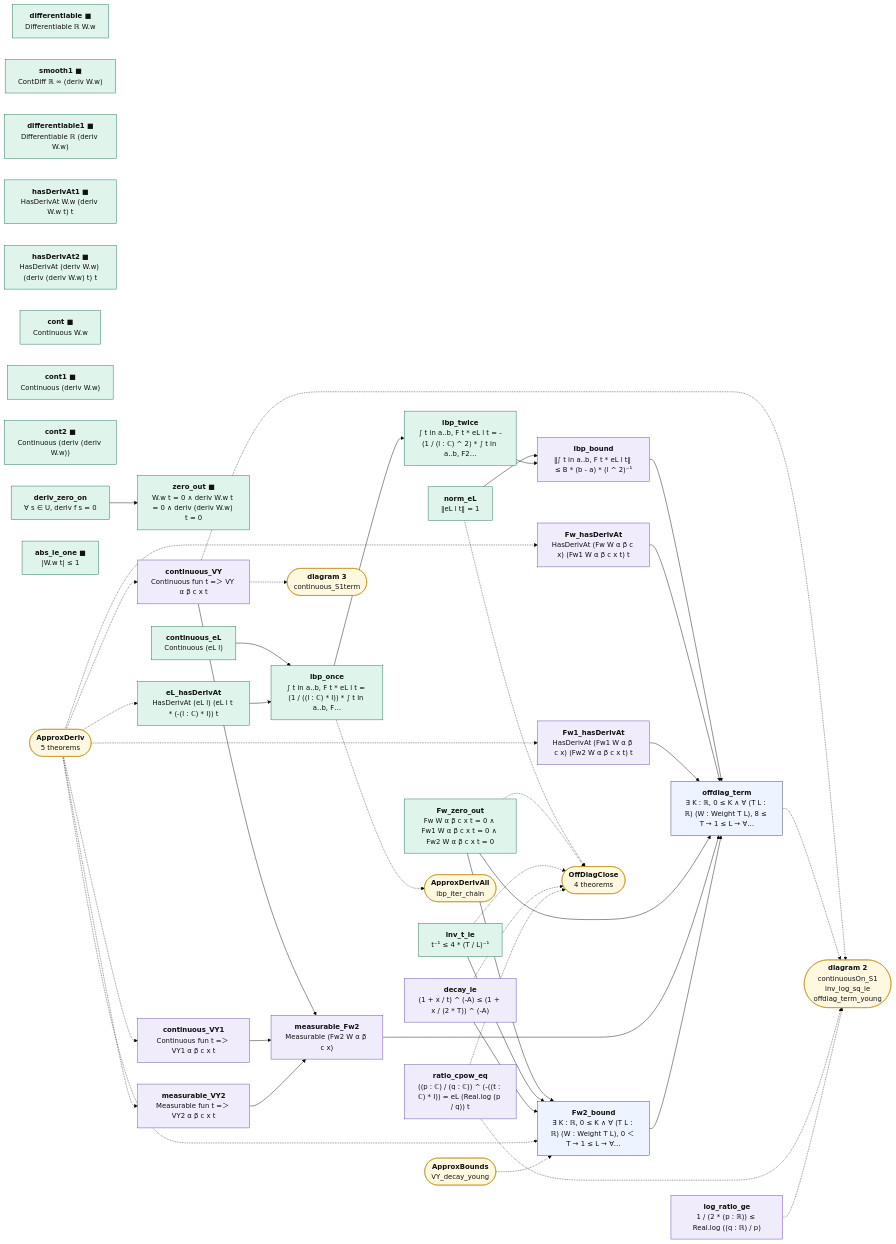
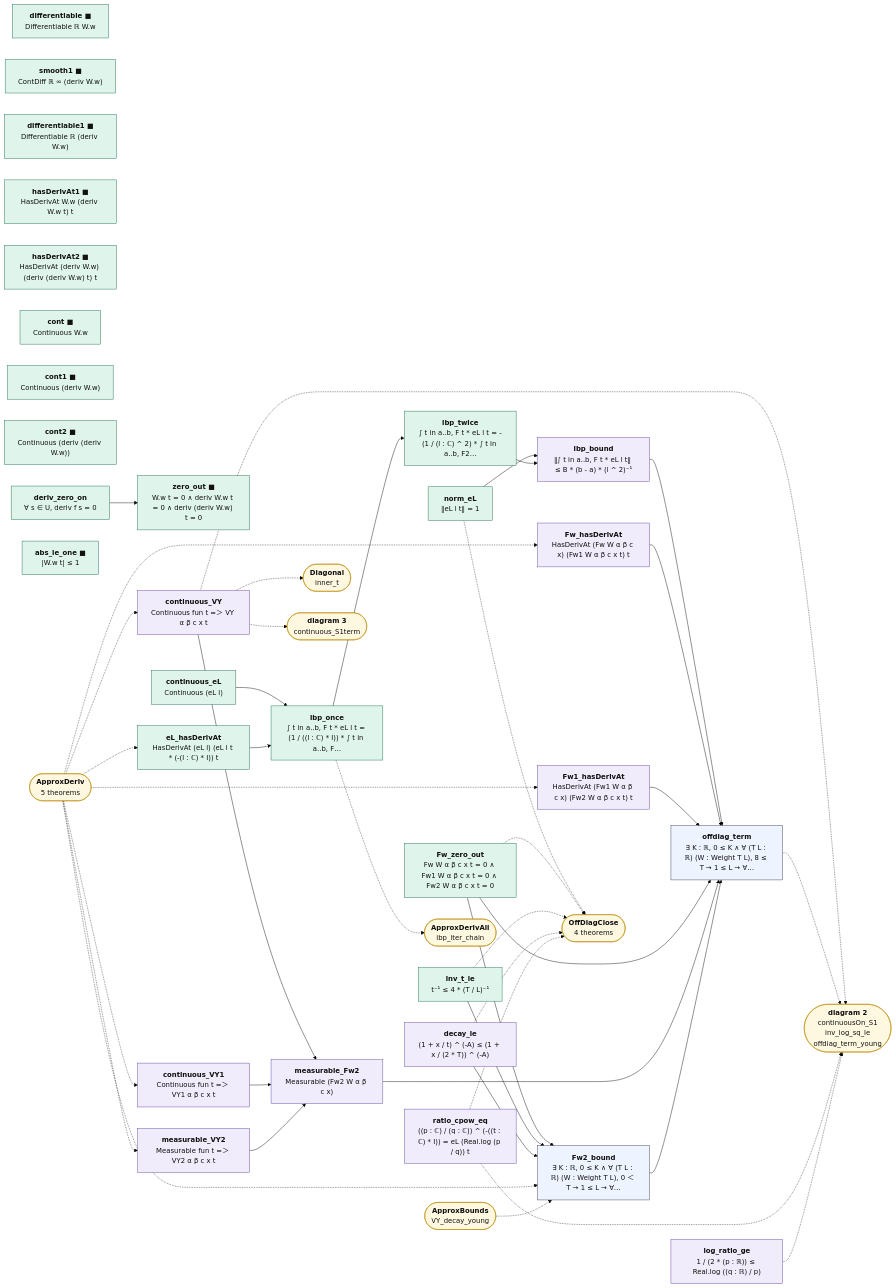
Before and after one commit to juliansambranojr/Primebeat_081426: the diagram in map/lean_stage3/TwistedMoment.1.mmd, drawn with Mermaid (forest theme). The commit also changed 32 other files, not shown here.

```diff
--- a/map/lean_stage3/TwistedMoment.1.mmd
+++ b/map/lean_stage3/TwistedMoment.1.mmd
@@ -1,82 +1,84 @@
 flowchart LR
   n0["<b>differentiable ■</b><br/>Differentiable ℝ W.w"]:::cnt
   n1["<b>smooth1 ■</b><br/>ContDiff ℝ ∞ (deriv W.w)"]:::cnt
   n2["<b>differentiable1 ■</b><br/>Differentiable ℝ (deriv W.w)"]:::cnt
   n3["<b>hasDerivAt1 ■</b><br/>HasDerivAt W.w (deriv W.w t) t"]:::cnt
   n4["<b>hasDerivAt2 ■</b><br/>HasDerivAt (deriv W.w) (deriv (deriv W.w) t) t"]:::cnt
   n5["<b>cont ■</b><br/>Continuous W.w"]:::cnt
   n6["<b>cont1 ■</b><br/>Continuous (deriv W.w)"]:::cnt
   n7["<b>cont2 ■</b><br/>Continuous (deriv (deriv W.w))"]:::cnt
   n8["<b>deriv_zero_on</b><br/>∀ s ∈ U, deriv f s = 0"]:::cnt
   n9["<b>zero_out ■</b><br/>W.w t = 0 ∧ deriv W.w t = 0 ∧ deriv (deriv W.w) t = 0"]:::cnt
   n10["<b>abs_le_one ■</b><br/>|W.w t| ≤ 1"]:::cnt
   n11["<b>continuous_eL</b><br/>Continuous (eL l)"]:::cnt
   n12["<b>eL_hasDerivAt</b><br/>HasDerivAt (eL l) (eL l t * (-(l : ℂ) * I)) t"]:::cnt
   n13["<b>norm_eL</b><br/>‖eL l t‖ = 1"]:::cnt
   n14["<b>ibp_once</b><br/>∫ t in a..b, F t * eL l t = (1 / ((l : ℂ) * I)) * ∫ t in a..b, F…"]:::cnt
   n15["<b>ibp_twice</b><br/>∫ t in a..b, F t * eL l t = -(1 / (l : ℂ) ^ 2) * ∫ t in a..b, F2…"]:::cnt
   n16["<b>ibp_bound</b><br/>‖∫ t in a..b, F t * eL l t‖ ≤ B * (b - a) * (l ^ 2)⁻¹"]:::shp
   n17["<b>Fw_hasDerivAt</b><br/>HasDerivAt (Fw W α β c x) (Fw1 W α β c x t) t"]:::shp
   n18["<b>Fw1_hasDerivAt</b><br/>HasDerivAt (Fw1 W α β c x) (Fw2 W α β c x t) t"]:::shp
   n19["<b>Fw_zero_out</b><br/>Fw W α β c x t = 0 ∧ Fw1 W α β c x t = 0 ∧ Fw2 W α β c x t = 0"]:::cnt
   n20["<b>continuous_VY</b><br/>Continuous fun t =＞ VY α β c x t"]:::shp
   n21["<b>continuous_VY1</b><br/>Continuous fun t =＞ VY1 α β c x t"]:::shp
   n22["<b>measurable_VY2</b><br/>Measurable fun t =＞ VY2 α β c x t"]:::shp
   n23["<b>measurable_Fw2</b><br/>Measurable (Fw2 W α β c x)"]:::shp
   n24["<b>inv_t_le</b><br/>t⁻¹ ≤ 4 * (T / L)⁻¹"]:::cnt
   n25["<b>decay_le</b><br/>(1 + x / t) ^ (-A) ≤ (1 + x / (2 * T)) ^ (-A)"]:::shp
   n26["<b>Fw2_bound</b><br/>∃ K : ℝ, 0 ≤ K ∧ ∀ (T L : ℝ) (W : Weight T L), 0 ＜ T → 1 ≤ L → ∀…"]:::thm
   n27["<b>offdiag_term</b><br/>∃ K : ℝ, 0 ≤ K ∧ ∀ (T L : ℝ) (W : Weight T L), 8 ≤ T → 1 ≤ L → ∀…"]:::thm
   n28["<b>ratio_cpow_eq</b><br/>((p : ℂ) / (q : ℂ)) ^ (-((t : ℂ) * I)) = eL (Real.log (p / q)) t"]:::shp
   n29["<b>log_ratio_ge</b><br/>1 / (2 * (p : ℝ)) ≤ Real.log ((q : ℝ) / p)"]:::shp
   x0(["<b>ApproxDeriv</b><br/>5 theorems"]):::ext
   x1(["<b>OffDiagClose</b><br/>4 theorems"]):::ext
   x2(["<b>ApproxDerivAll</b><br/>ibp_iter_chain"]):::ext
-  x3(["<b>diagram 2</b><br/>continuousOn_S1<br/>inv_log_sq_le<br/>offdiag_term_young"]):::ext
-  x4(["<b>diagram 3</b><br/>continuous_S1term"]):::ext
-  x5(["<b>ApproxBounds</b><br/>VY_decay_young"]):::ext
+  x3(["<b>Diagonal</b><br/>inner_t"]):::ext
+  x4(["<b>diagram 2</b><br/>continuousOn_S1<br/>inv_log_sq_le<br/>offdiag_term_young"]):::ext
+  x5(["<b>diagram 3</b><br/>continuous_S1term"]):::ext
+  x6(["<b>ApproxBounds</b><br/>VY_decay_young"]):::ext
   n11 --> n14
   n12 --> n14
   n13 --> n16
   n14 --> n15
   n15 --> n16
   n16 --> n27
   n17 --> n27
   n18 --> n27
   n19 --> n26
   n19 --> n27
   n20 --> n23
   n21 --> n23
   n22 --> n23
   n23 --> n27
   n24 --> n26
   n25 --> n26
   n26 --> n27
   n8 --> n9
   n13 -.-> x1
   n14 -.-> x2
   n19 -.-> x1
   n20 -.-> x3
   n20 -.-> x4
+  n20 -.-> x5
   n24 -.-> x1
   n25 -.-> x1
-  n27 -.-> x3
+  n27 -.-> x4
   n28 -.-> x1
-  n28 -.-> x3
-  n29 -.-> x3
+  n28 -.-> x4
+  n29 -.-> x4
   x0 -.-> n12
   x0 -.-> n17
   x0 -.-> n18
   x0 -.-> n20
   x0 -.-> n21
   x0 -.-> n22
   x0 -.-> n26
-  x5 -.-> n26
+  x6 -.-> n26
   classDef cnt fill:#dff5ec,stroke:#17694a,color:#111
   classDef shp fill:#f1ecfb,stroke:#5b3fa0,color:#111
   classDef rh fill:#ffe5e5,stroke:#c22,color:#111,stroke-width:2px
   classDef thm fill:#eef4ff,stroke:#335,color:#111
   classDef end_ fill:#e7f7e7,stroke:#2a7,color:#111,stroke-width:2px
   classDef lone fill:#fff,stroke:#999,color:#111,stroke-dasharray:4 3
   classDef bad fill:#ffe5e5,stroke:#c22,color:#111,stroke-width:2px
   classDef ext fill:#fff8e1,stroke:#b80,color:#111
```
